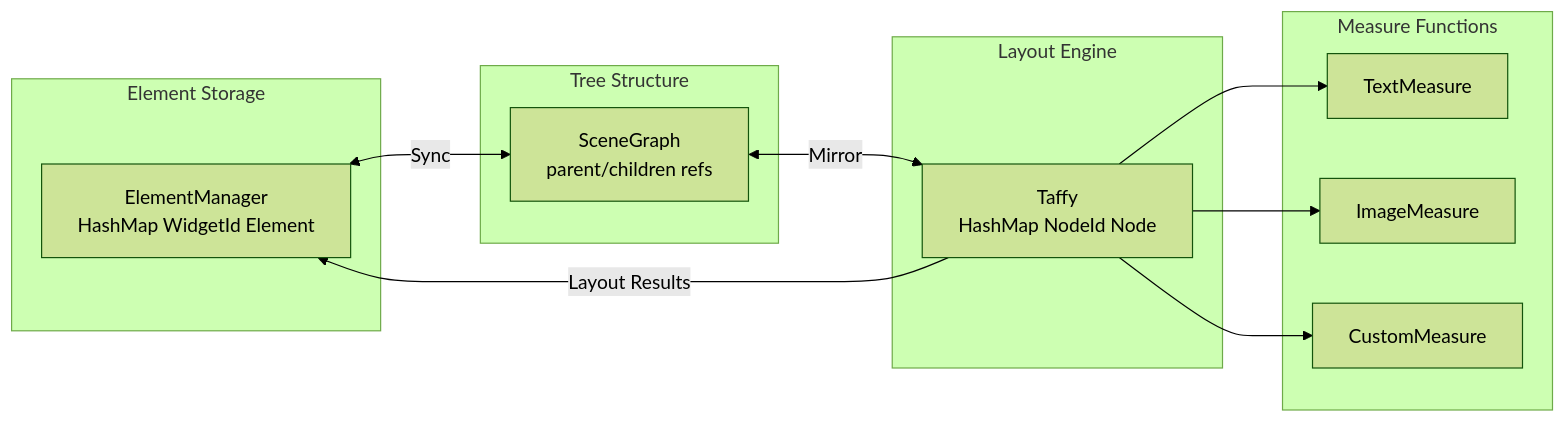
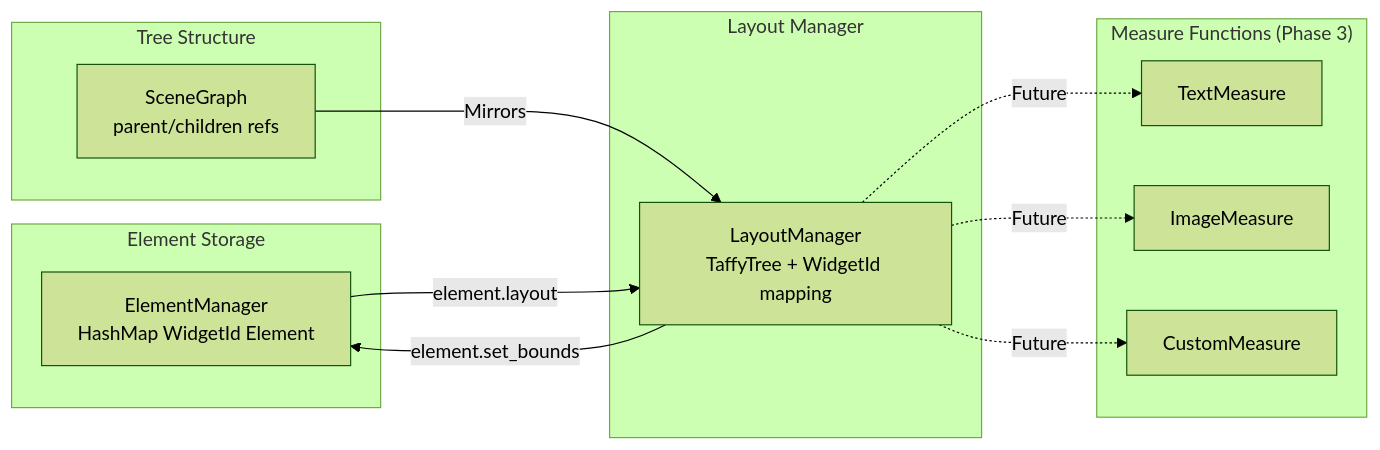
Before and after one commit to shi-yan/AssortedWidgets: the third of 9 diagrams in ARCHITECTURE.md, drawn with Mermaid (forest theme). The commit also changed other lines of this file and 20 other files, not shown here.

````diff
--- a/ARCHITECTURE.md
+++ b/ARCHITECTURE.md
@@ -209,27 +432,27 @@
 ```mermaid
 graph LR
     subgraph "Element Storage"
         A[ElementManager<br/>HashMap WidgetId Element]
     end
 
     subgraph "Tree Structure"
         B[SceneGraph<br/>parent/children refs]
     end
 
-    subgraph "Layout Engine"
-        C[Taffy<br/>HashMap NodeId Node]
+    subgraph "Layout Manager"
+        C[LayoutManager<br/>TaffyTree + WidgetId mapping]
     end
 
-    subgraph "Measure Functions"
+    subgraph "Measure Functions (Phase 3)"
         D[TextMeasure]
         E[ImageMeasure]
         F[CustomMeasure]
     end
 
-    A <-->|Sync| B
-    B <-->|Mirror| C
-    C --> D
-    C --> E
-    C --> F
-    C -->|Layout Results| A
+    A -->|element.layout| C
+    B -->|Mirrors| C
+    C -.->|Future| D
+    C -.->|Future| E
+    C -.->|Future| F
+    C -->|element.set_bounds| A
 ```
````
